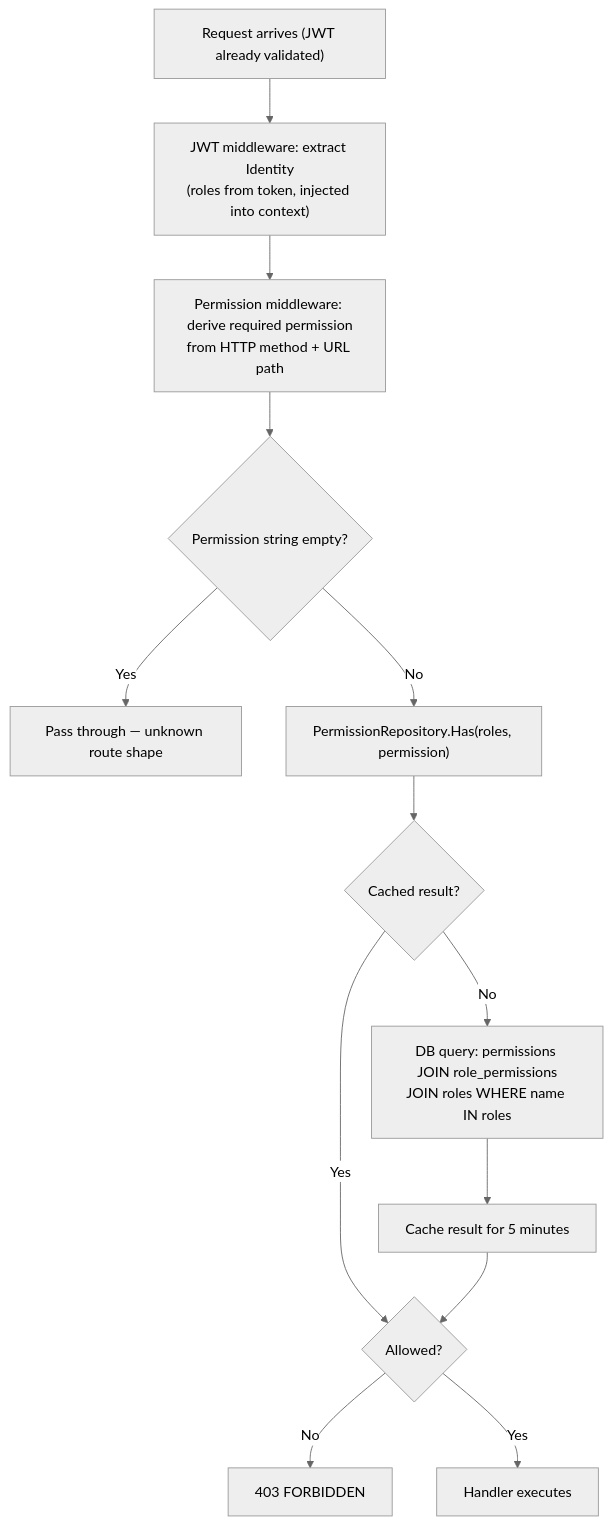
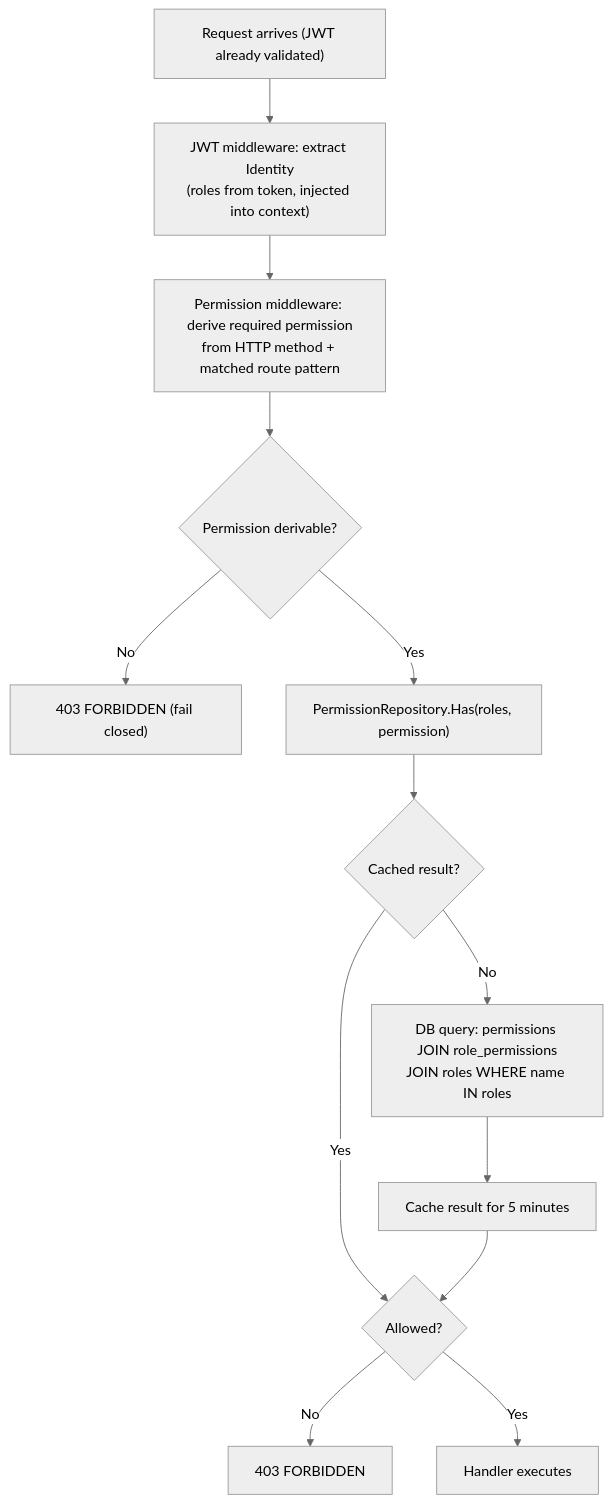
One commit to noiia/EERP-Documentation-Wiki changed the first of 3 diagrams in docs/core/permissions.md. Above: the diagram before and after it, drawn with Mermaid (neutral theme). The commit also changed other lines of this file and 21 other files, not shown here.

````diff
--- a/docs/core/permissions.md
+++ b/docs/core/permissions.md
@@ -88,15 +99,15 @@
 ```mermaid
 flowchart TD
     A["Request arrives (JWT already validated)"] --> B["JWT middleware: extract Identity\n(roles from token, injected into context)"]
-    B --> C["Permission middleware: derive required permission\nfrom HTTP method + URL path"]
-    C --> D{Permission string empty?}
-    D -- Yes --> E["Pass through — unknown route shape"]
-    D -- No --> F["PermissionRepository.Has(roles, permission)"]
+    B --> C["Permission middleware: derive required permission\nfrom HTTP method + matched route pattern"]
+    C --> D{Permission derivable?}
+    D -- No --> E["403 FORBIDDEN (fail closed)"]
+    D -- Yes --> F["PermissionRepository.Has(roles, permission)"]
     F --> G{Cached result?}
     G -- Yes --> H{Allowed?}
     G -- No --> I["DB query: permissions JOIN role_permissions\nJOIN roles WHERE name IN roles"]
     I --> J["Cache result for 5 minutes"]
     J --> H
     H -- No --> K["403 FORBIDDEN"]
     H -- Yes --> L["Handler executes"]
 ```
````
